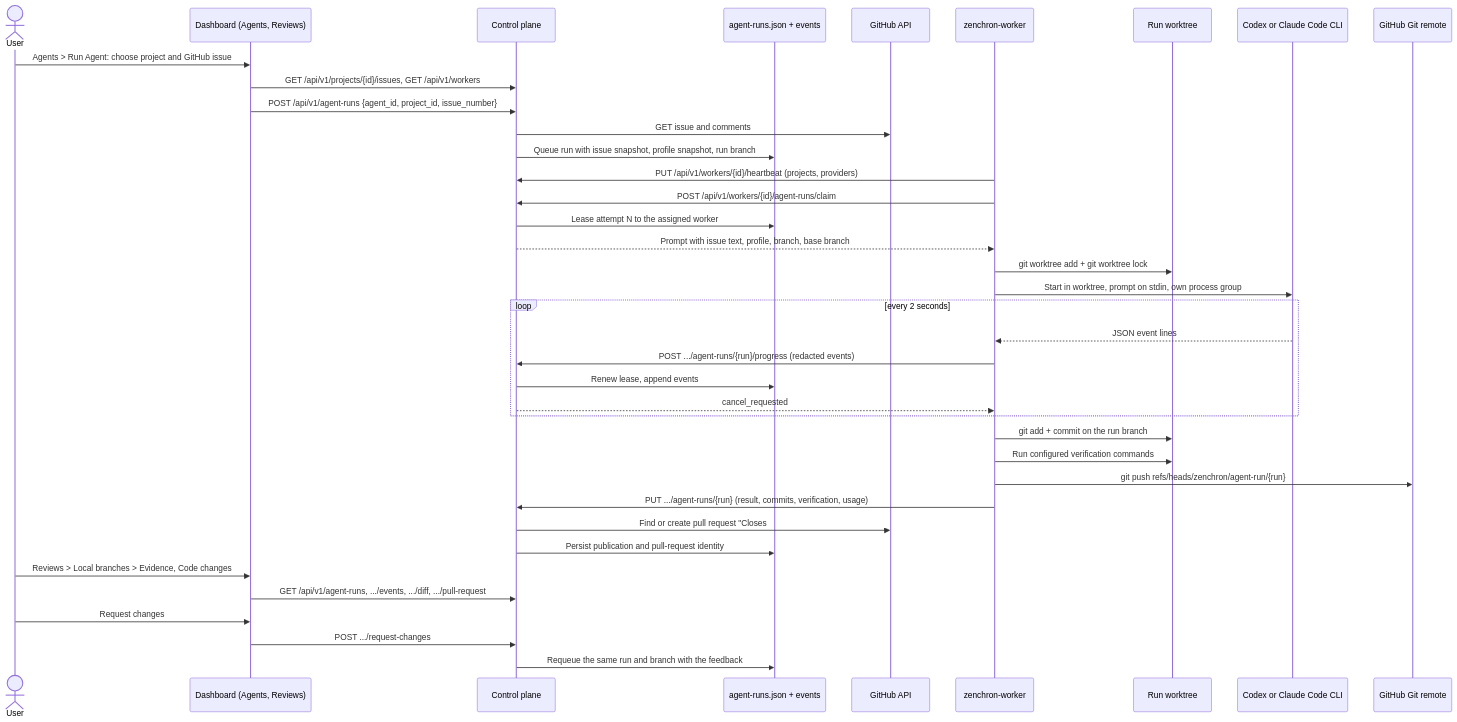
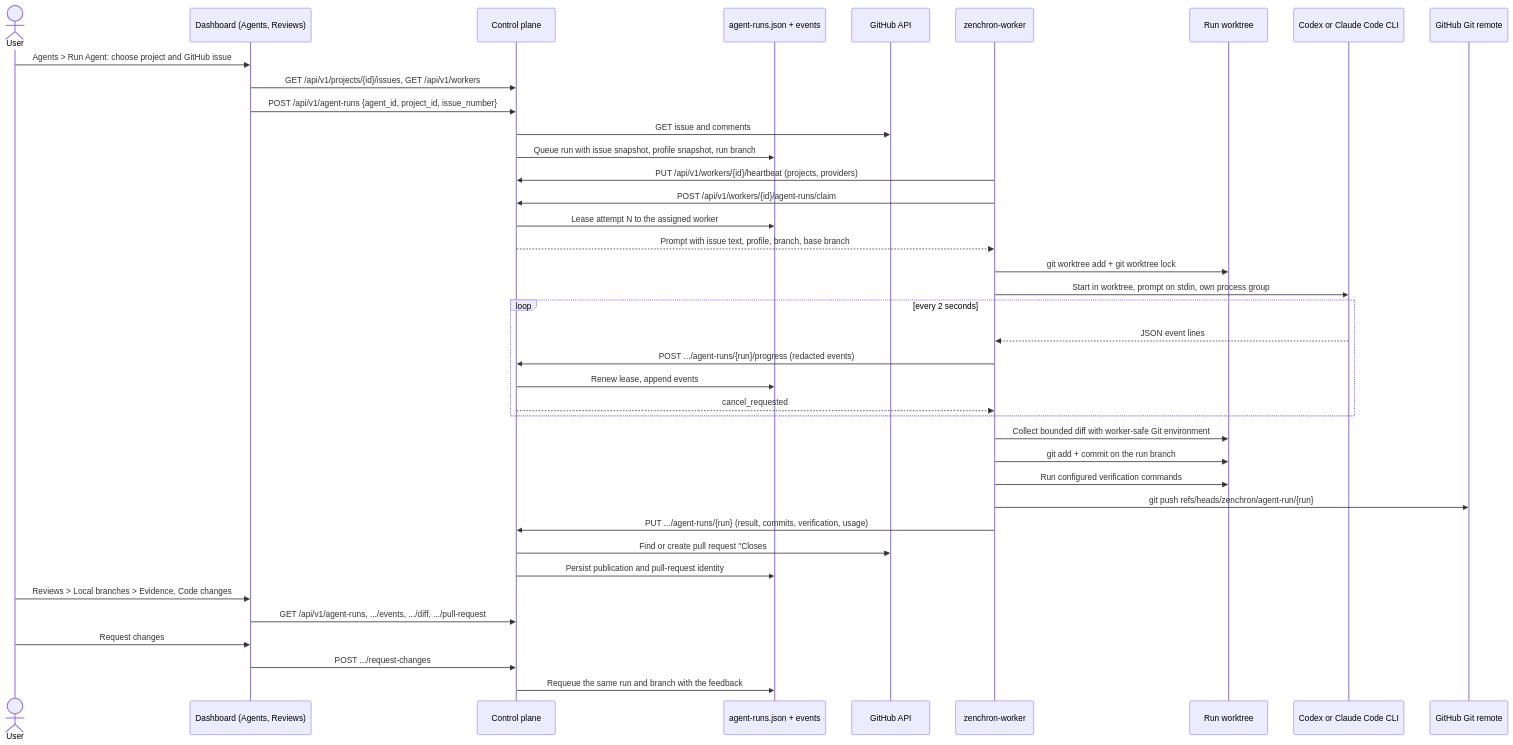
Before and after one commit to bogdaniel/zenchron-engineering-os: the first of 2 diagrams in docs/features/issue-to-pull-request.md, drawn with Mermaid. The commit also changed other lines of this file and 2 other files, not shown here.

Commit message:
fix(worker): harden post-run Git commands

````diff
--- a/docs/features/issue-to-pull-request.md
+++ b/docs/features/issue-to-pull-request.md
@@ -10,40 +10,41 @@
 ```mermaid
 sequenceDiagram
   actor User
   participant UI as Dashboard (Agents, Reviews)
   participant API as Control plane
   participant Store as agent-runs.json + events
   participant GH as GitHub API
   participant Worker as zenchron-worker
   participant Tree as Run worktree
   participant CLI as Codex or Claude Code CLI
   participant Remote as GitHub Git remote
   User->>UI: Agents > Run Agent: choose project and GitHub issue
   UI->>API: GET /api/v1/projects/{id}/issues, GET /api/v1/workers
   UI->>API: POST /api/v1/agent-runs {agent_id, project_id, issue_number}
   API->>GH: GET issue and comments
   API->>Store: Queue run with issue snapshot, profile snapshot, run branch
   Worker->>API: PUT /api/v1/workers/{id}/heartbeat (projects, providers)
   Worker->>API: POST /api/v1/workers/{id}/agent-runs/claim
   API->>Store: Lease attempt N to the assigned worker
   API-->>Worker: Prompt with issue text, profile, branch, base branch
   Worker->>Tree: git worktree add + git worktree lock
   Worker->>CLI: Start in worktree, prompt on stdin, own process group
   loop every 2 seconds
     CLI-->>Worker: JSON event lines
     Worker->>API: POST .../agent-runs/{run}/progress (redacted events)
     API->>Store: Renew lease, append events
     API-->>Worker: cancel_requested
   end
+  Worker->>Tree: Collect bounded diff with worker-safe Git environment
   Worker->>Tree: git add + commit on the run branch
   Worker->>Tree: Run configured verification commands
   Worker->>Remote: git push refs/heads/zenchron/agent-run/{run}
   Worker->>API: PUT .../agent-runs/{run} (result, commits, verification, usage)
   API->>GH: Find or create pull request "Closes #issue"
   API->>Store: Persist publication and pull-request identity
   User->>UI: Reviews > Local branches > Evidence, Code changes
   UI->>API: GET /api/v1/agent-runs, .../events, .../diff, .../pull-request
   User->>UI: Request changes
   UI->>API: POST .../request-changes
   API->>Store: Requeue the same run and branch with the feedback
 ```
````
